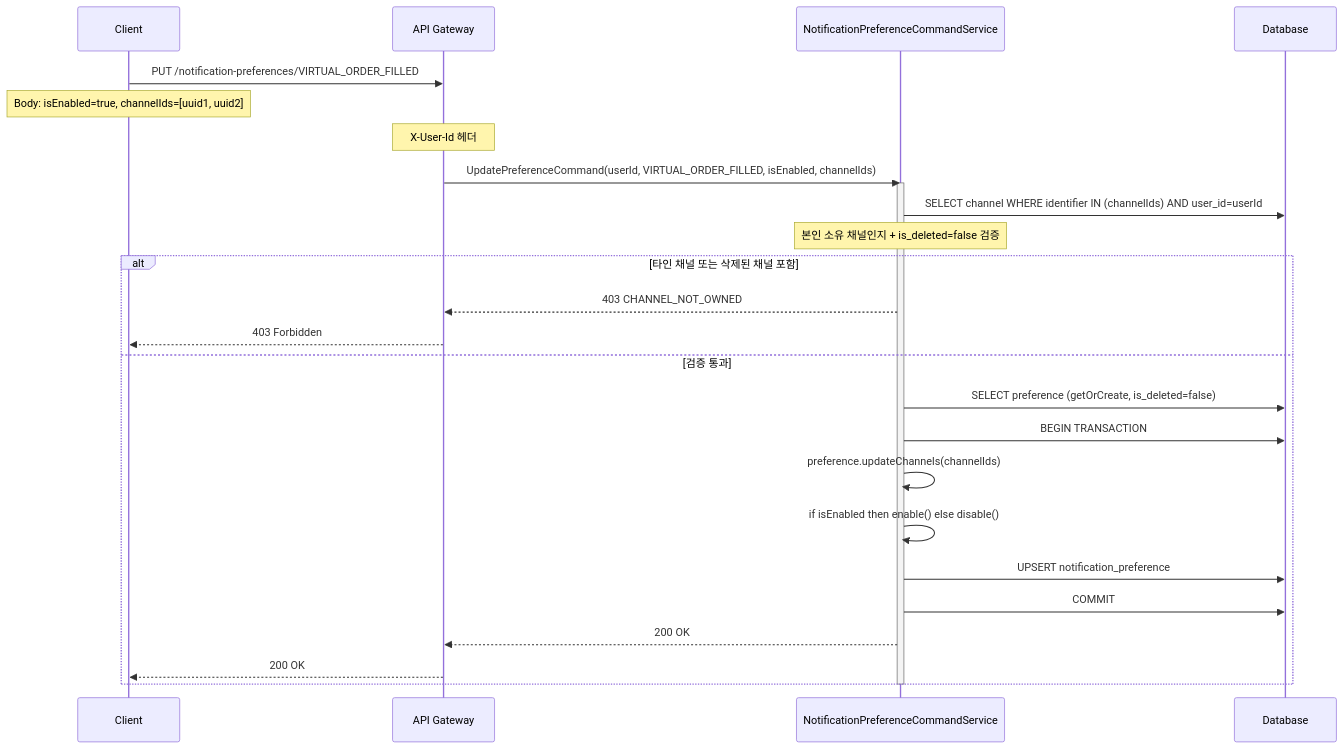
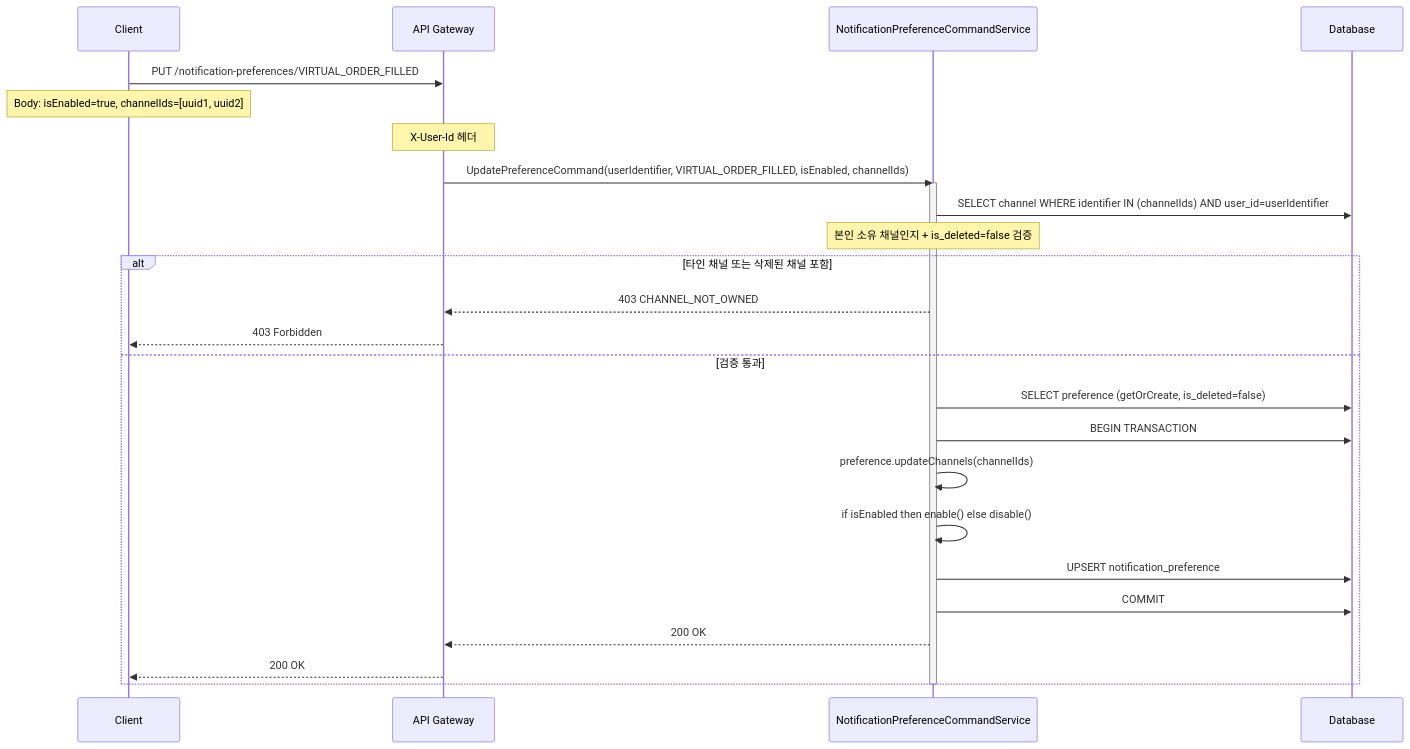
The seventh of 9 diagrams in backend/notification/sequence-diagram.md (Trade-Pilot/.github), drawn with Mermaid before and after one commit. The commit also changed other lines of this file and 17 other files, not shown here.

````diff
--- a/backend/notification/sequence-diagram.md
+++ b/backend/notification/sequence-diagram.md
@@ -207,34 +207,34 @@
 ```mermaid
 sequenceDiagram
     participant Client
     participant GW as API Gateway
     participant NS as NotificationPreferenceCommandService
     participant DB as Database
 
     Client->>GW: PUT /notification-preferences/VIRTUAL_ORDER_FILLED
     Note over Client: Body: isEnabled=true, channelIds=[uuid1, uuid2]
     Note over GW: X-User-Id 헤더
 
-    GW->>NS: UpdatePreferenceCommand(userId, VIRTUAL_ORDER_FILLED, isEnabled, channelIds)
+    GW->>NS: UpdatePreferenceCommand(userIdentifier, VIRTUAL_ORDER_FILLED, isEnabled, channelIds)
 
     activate NS
-    NS->>DB: SELECT channel WHERE identifier IN (channelIds) AND user_id=userId
+    NS->>DB: SELECT channel WHERE identifier IN (channelIds) AND user_id=userIdentifier
     Note over NS: 본인 소유 채널인지 + is_deleted=false 검증
 
     alt 타인 채널 또는 삭제된 채널 포함
         NS-->>GW: 403 CHANNEL_NOT_OWNED
         GW-->>Client: 403 Forbidden
     else 검증 통과
         NS->>DB: SELECT preference (getOrCreate, is_deleted=false)
 
         NS->>DB: BEGIN TRANSACTION
         NS->>NS: preference.updateChannels(channelIds)
         NS->>NS: if isEnabled then enable() else disable()
         NS->>DB: UPSERT notification_preference
         NS->>DB: COMMIT
 
         NS-->>GW: 200 OK
         GW-->>Client: 200 OK
     end
     deactivate NS
 ```
````
